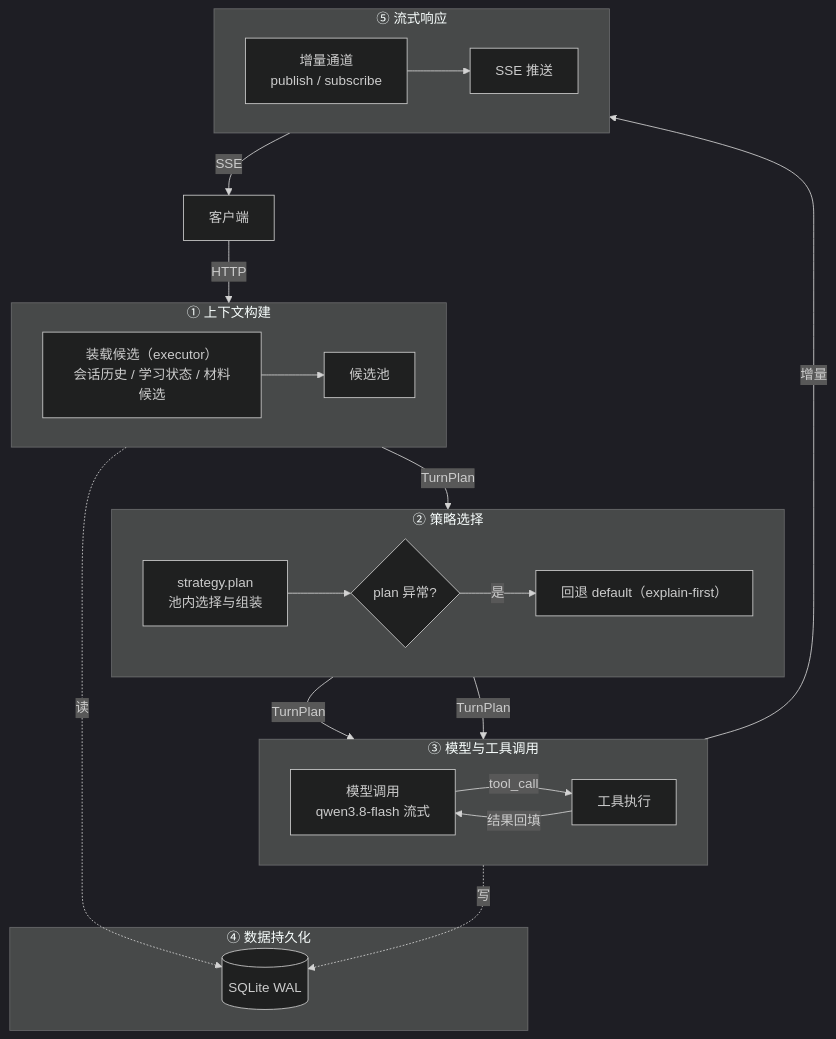
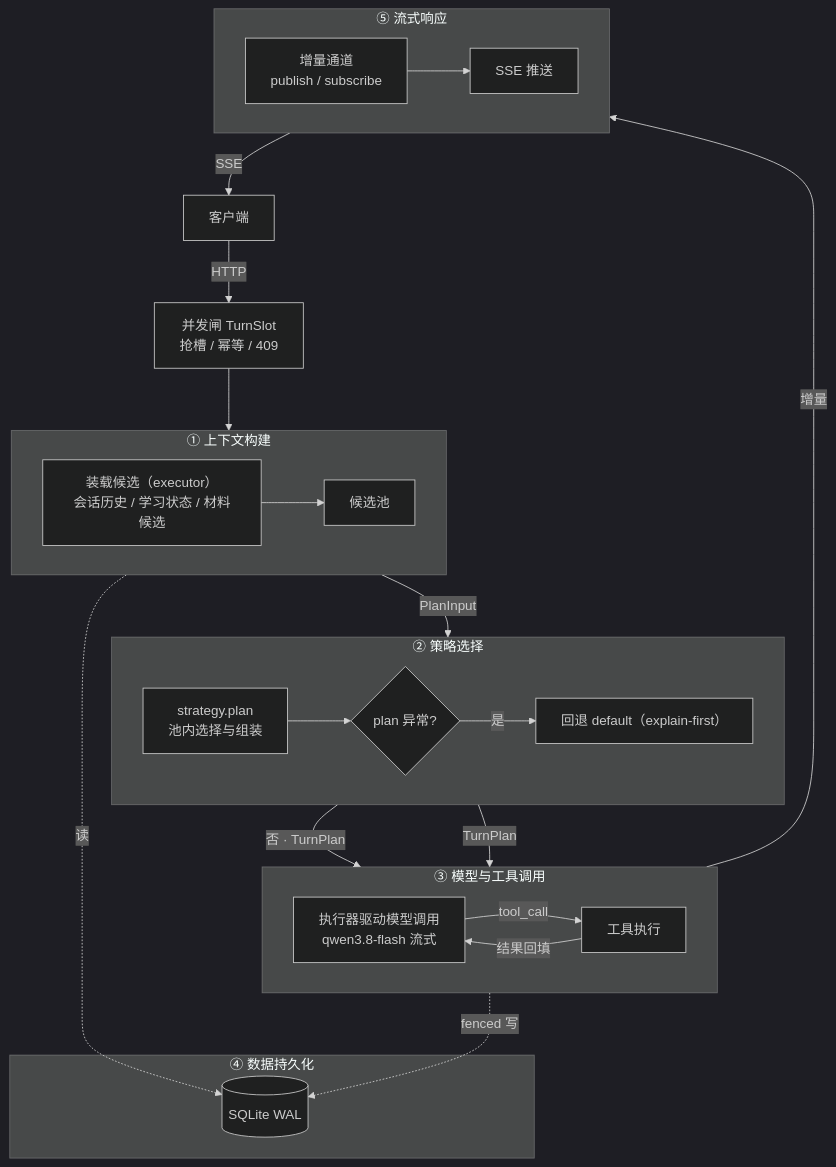
One commit to Nakurusu/zero changed the diagram in README.md. Above: the diagram before and after it, drawn with Mermaid (dark theme). The commit also changed 1 other file, not shown here.

Commit message:
Docs review: fix architecture diagram (PlanInput label, add concurrency gate, fenced writes); align design notes with implementation (fencing, interfaces, behavior tools)

````diff
--- a/README.md
+++ b/README.md
@@ -12,47 +12,49 @@
 ```mermaid
 flowchart TB
     Client["客户端"]
+    SLOT["并发闸 TurnSlot<br/>抢槽 / 幂等 / 409"]
 
     subgraph S1["① 上下文构建"]
         direction LR
         LOAD["装载候选（executor）<br/>会话历史 / 学习状态 / 材料候选"]
         POOL["候选池"]
         LOAD --> POOL
     end
 
     subgraph S2["② 策略选择"]
         direction LR
         PLAN["strategy.plan<br/>池内选择与组装"]
         FB{"plan 异常?"}
         DEF["回退 default（explain-first）"]
         PLAN --> FB
         FB -->|是| DEF
     end
 
     subgraph S3["③ 模型与工具调用"]
         direction LR
-        MODEL["模型调用<br/>qwen3.8-flash 流式"]
+        MODEL["执行器驱动模型调用<br/>qwen3.8-flash 流式"]
         TOOL["工具执行"]
         MODEL -->|tool_call| TOOL
         TOOL -->|结果回填| MODEL
     end
 
     subgraph S5["⑤ 流式响应"]
         direction LR
         CH["增量通道<br/>publish / subscribe"]
         CH --> SSE["SSE 推送"]
     end
 
     subgraph S4["④ 数据持久化"]
         DB[("SQLite WAL")]
     end
 
-    Client -->|HTTP| LOAD
-    POOL -->|TurnPlan| PLAN
-    FB -->|TurnPlan| MODEL
+    Client -->|HTTP| SLOT
+    SLOT --> LOAD
+    POOL -->|PlanInput| PLAN
+    FB -->|否 · TurnPlan| MODEL
     DEF -->|TurnPlan| MODEL
     MODEL -->|增量| CH
     SSE -->|SSE| Client
     LOAD -. 读 .-> DB
-    MODEL -. 写 .-> DB
+    MODEL -. fenced 写 .-> DB
 ```
````
